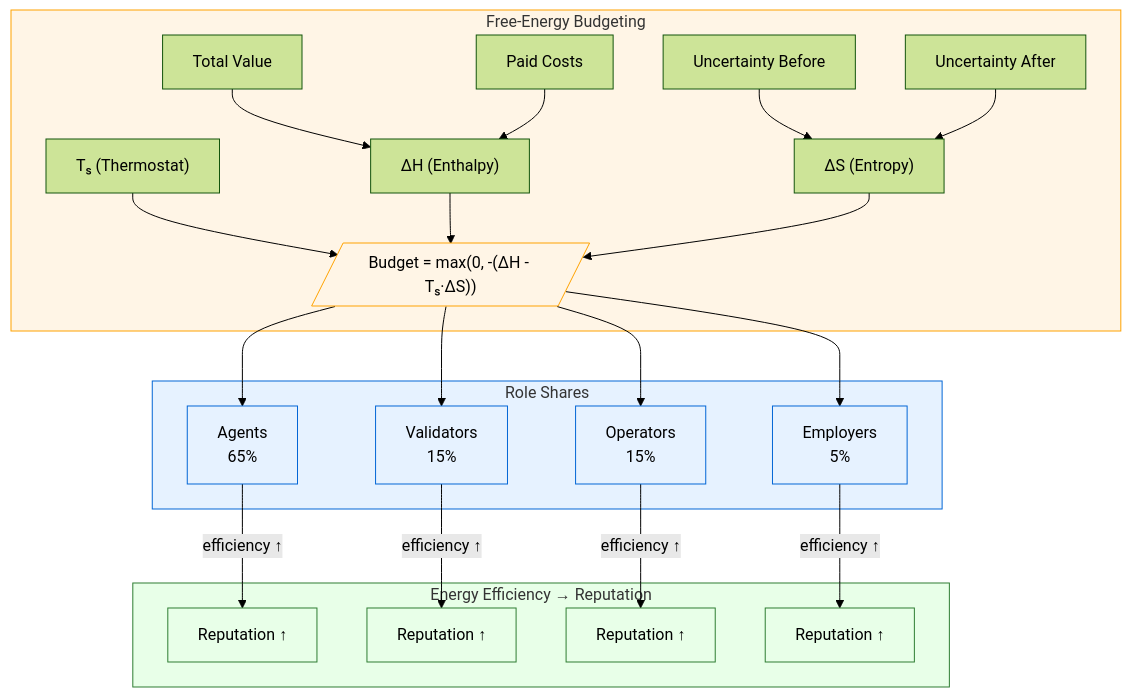
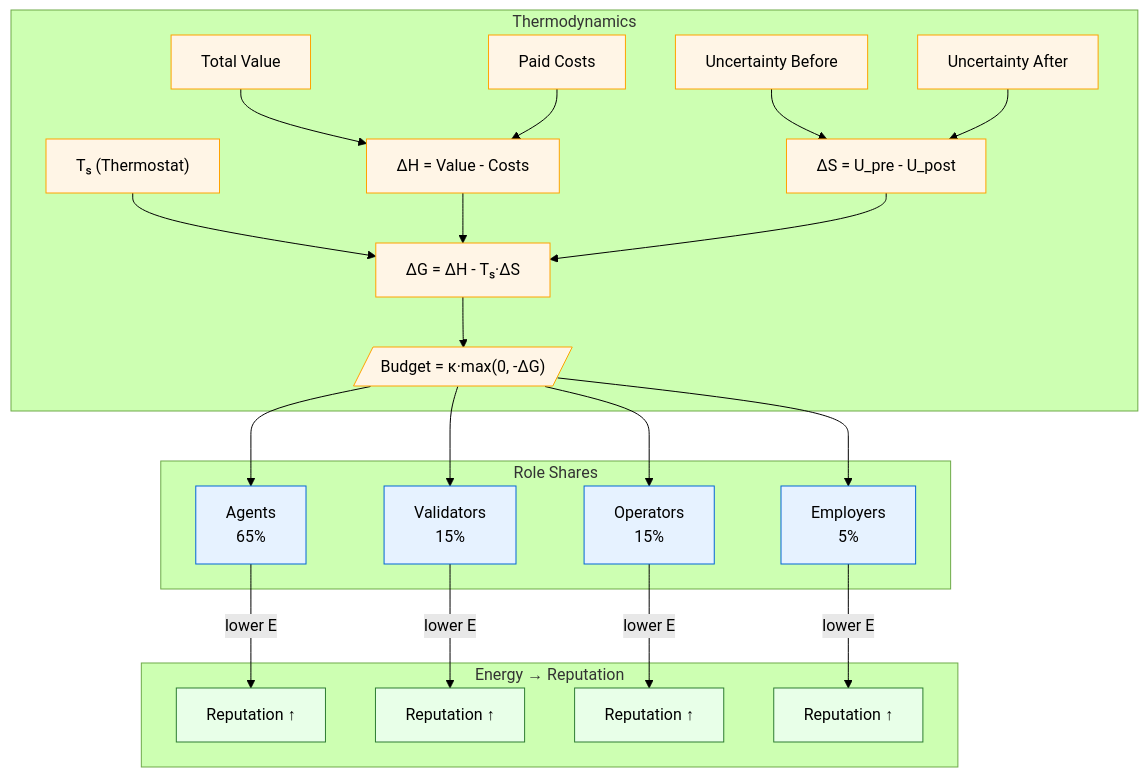
Before and after one commit to MontrealAI/AGIJobsv0: the first of 2 diagrams in README.md, drawn with Mermaid (forest theme). The commit also changed 1 other file, not shown here.

Commit message:
docs: refine thermodynamic incentive diagrams

````diff
--- a/README.md
+++ b/README.md
@@ -58,41 +58,38 @@
 ```mermaid
-graph TD
-    %% Free-Energy Budgeting
-    subgraph FE["Free-Energy Budgeting"]
-        value[Total Value] --> dH["ΔH (Enthalpy)"]
+flowchart TB
+    %% Thermodynamic free-energy budgeting
+    subgraph Thermodynamics
+        value[Total Value] --> dH["ΔH = Value - Costs"]
         costs[Paid Costs] --> dH
-        u_pre[Uncertainty Before] --> dS["ΔS (Entropy)"]
+        u_pre[Uncertainty Before] --> dS["ΔS = U_pre - U_post"]
         u_post[Uncertainty After] --> dS
-        temp["Tₛ (Thermostat)"] --> budget[/"Budget = max(0, -(ΔH - Tₛ·ΔS))"/]
-        dH --> budget
-        dS --> budget
+        Ts["Tₛ (Thermostat)"] --> dG["ΔG = ΔH - Tₛ·ΔS"]
+        dH --> dG
+        dS --> dG
+        dG --> budget[/"Budget = κ·max(0, -ΔG)"/]
     end
 
-    %% Role Distribution
-    subgraph Roles["Role Shares"]
+    %% Role distribution from the free-energy budget
+    subgraph Distribution["Role Shares"]
         budget --> A["Agents\n65%"]
         budget --> V["Validators\n15%"]
         budget --> O["Operators\n15%"]
         budget --> E["Employers\n5%"]
     end
 
-    %% Reputation Incentives
-    subgraph Reputation["Energy Efficiency → Reputation"]
-        A -->|efficiency ↑| RA["Reputation ↑"]
-        V -->|efficiency ↑| RV["Reputation ↑"]
-        O -->|efficiency ↑| RO["Reputation ↑"]
-        E -->|efficiency ↑| RE["Reputation ↑"]
+    %% Energy-efficient reputation gains
+    subgraph Reputation["Energy → Reputation"]
+        A -->|lower E| RA["Reputation ↑"]
+        V -->|lower E| RV["Reputation ↑"]
+        O -->|lower E| RO["Reputation ↑"]
+        E -->|lower E| RE["Reputation ↑"]
     end
 
-    classDef budget fill:#fff5e6,stroke:#ffa200,stroke-width:1px;
+    classDef thermo fill:#fff5e6,stroke:#ffa200,stroke-width:1px;
     classDef role fill:#e6f2ff,stroke:#0366d6,stroke-width:1px;
     classDef rep fill:#e8ffe8,stroke:#2e7d32,stroke-width:1px;
 
-    class budget budget;
+    class value,costs,dH,u_pre,u_post,dS,Ts,dG,budget thermo;
     class A,V,O,E role;
     class RA,RV,RO,RE rep;
-
-    style FE fill:#fff5e6,stroke:#ffa200,stroke-width:1px;
-    style Roles fill:#e6f2ff,stroke:#0366d6,stroke-width:1px;
-    style Reputation fill:#e8ffe8,stroke:#2e7d32,stroke-width:1px;
 ```
````
